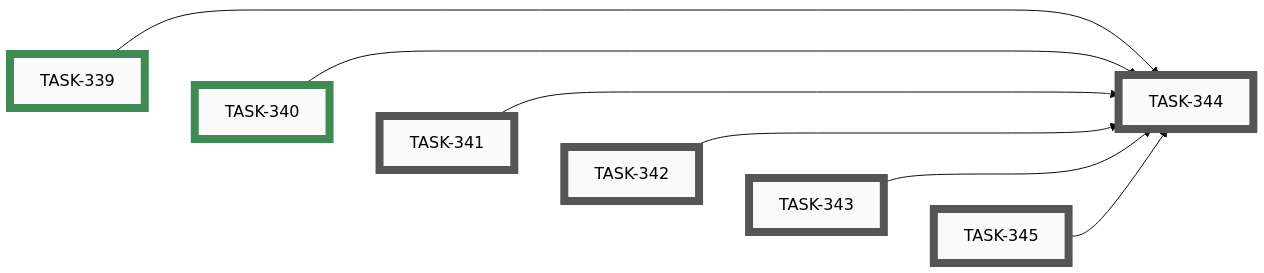
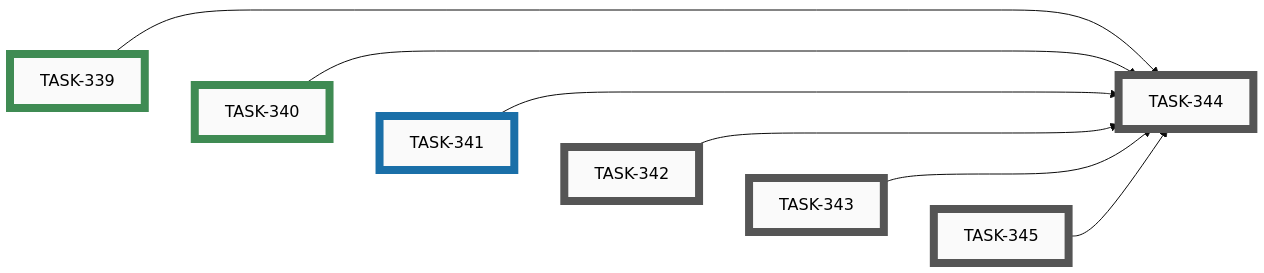
Before and after one commit to tgd1975/AwesomeStudioPedal: the ninth of 10 diagrams in docs/developers/tasks/EPICS.md, drawn with Mermaid (base theme). The commit also changed other lines of this file and 6 other files, not shown here.

Commit message:
feat(configuration-builder): add ASP mark and favicon to configuration builder header (TASK-341)

````diff
--- a/docs/developers/tasks/EPICS.md
+++ b/docs/developers/tasks/EPICS.md
@@ -366,32 +366,32 @@
 ```mermaid
 graph LR
-    TASK_341["TASK-341"]:::open
     TASK_342["TASK-342"]:::open
     TASK_343["TASK-343"]:::open
     TASK_344["TASK-344"]:::open
     TASK_345["TASK-345"]:::open
+    TASK_341["TASK-341"]:::active
     TASK_339["TASK-339"]:::closed
     TASK_340["TASK-340"]:::closed
     TASK_339 --> TASK_344
     TASK_340 --> TASK_344
     TASK_341 --> TASK_344
     TASK_342 --> TASK_344
     TASK_343 --> TASK_344
     TASK_345 --> TASK_344
     TASK_339 ~~~ TASK_340 ~~~ TASK_341 ~~~ TASK_342 ~~~ TASK_343 ~~~ TASK_345
-    click TASK_341 "open/task-341-add-asp-logo-to-configuration-builder-header.md"
     click TASK_342 "open/task-342-add-asp-logo-to-mobile-app-appbar.md"
     click TASK_343 "open/task-343-add-github-social-preview-image.md"
     click TASK_344 "open/task-344-archive-idea-049-after-logo-tasks-shipped.md"
     click TASK_345 "open/task-345-swap-android-launcher-icon-to-asp-mark.md"
+    click TASK_341 "active/task-341-add-asp-logo-to-configuration-builder-header.md"
     click TASK_339 "closed/task-339-add-asp-logo-to-web-simulator-header.md"
     click TASK_340 "closed/task-340-add-asp-logo-to-profile-builder-header.md"
     classDef open    fill:#FAFAFA,stroke:#555,stroke-width:8px,color:#000
     classDef active  fill:#FAFAFA,stroke:#1A6FA8,stroke-width:8px,color:#000
     classDef closed  fill:#FAFAFA,stroke:#3F8B53,stroke-width:8px,color:#000
     classDef paused  fill:#FAFAFA,stroke:#B07810,stroke-width:8px,color:#000
     classDef openExt    fill:#000,stroke:#888,stroke-width:8px,color:#FFF
     classDef activeExt  fill:#000,stroke:#3FA9F5,stroke-width:8px,color:#FFF
     classDef closedExt  fill:#000,stroke:#7CC68A,stroke-width:8px,color:#FFF
     classDef pausedExt  fill:#000,stroke:#F0B030,stroke-width:8px,color:#FFF
 ```
````
